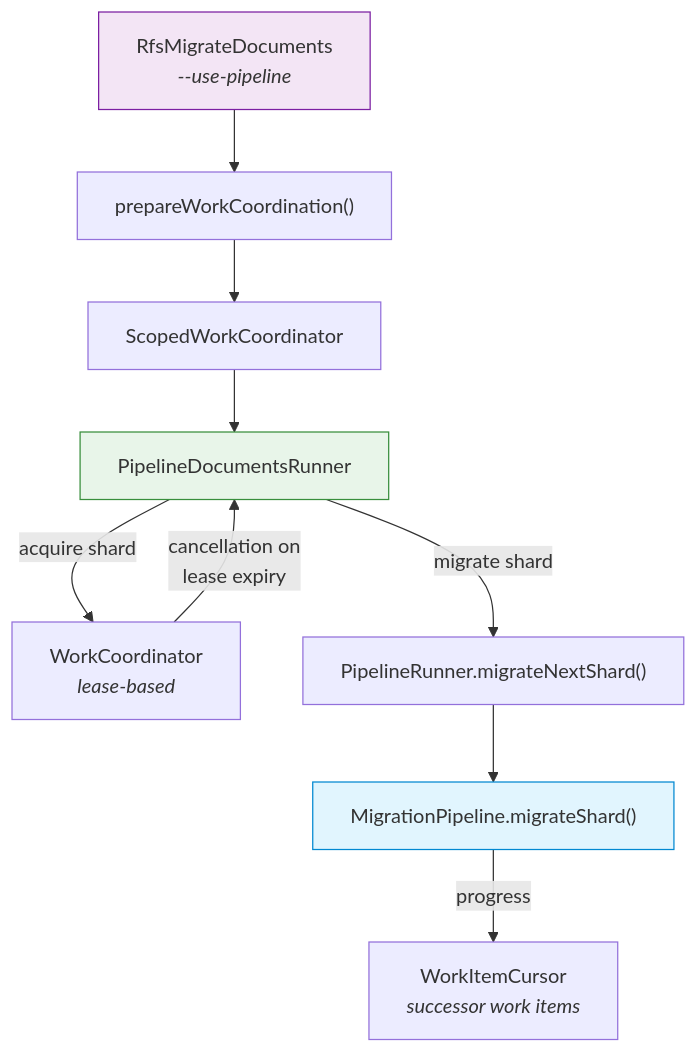
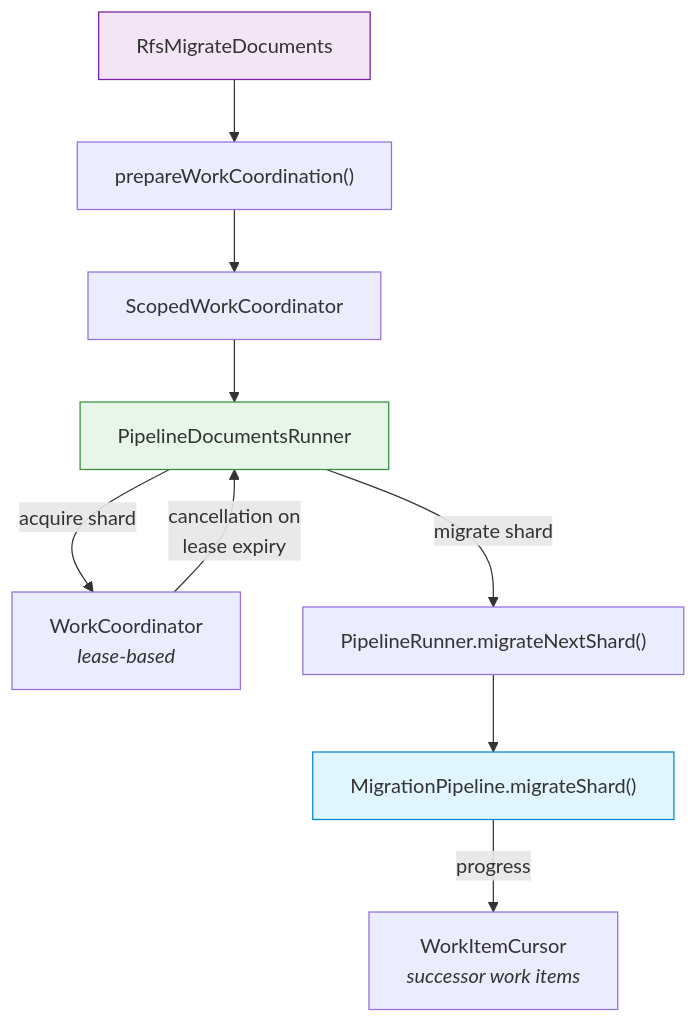
One commit to opensearch-project/opensearch-migrations changed the first of 2 diagrams in rfs-pipeline/docs/work-coordination.md. Above: the diagram before and after it, drawn with Mermaid. The commit also changed other lines of this file and 8 other files, not shown here.

````diff
--- a/rfs-pipeline/docs/work-coordination.md
+++ b/rfs-pipeline/docs/work-coordination.md
@@ -9,15 +9,15 @@
 ```mermaid
 flowchart TD
-    MAIN["RfsMigrateDocuments<br/><i>--use-pipeline</i>"] --> PREP["prepareWorkCoordination()"]
+    MAIN["RfsMigrateDocuments"] --> PREP["prepareWorkCoordination()"]
     PREP --> SWC["ScopedWorkCoordinator"]
     SWC --> PDR["PipelineDocumentsRunner"]
     PDR -->|"acquire shard"| WC["WorkCoordinator<br/><i>lease-based</i>"]
     PDR -->|"migrate shard"| PR["PipelineRunner.migrateNextShard()"]
     PR --> MP["MigrationPipeline.migrateShard()"]
     MP -->|"progress"| CURSOR["WorkItemCursor<br/><i>successor work items</i>"]
     WC -->|"cancellation on<br/>lease expiry"| PDR
 
     style MAIN fill:#f3e5f5,stroke:#7b1fa2
     style PDR fill:#e8f5e9,stroke:#388e3c
     style MP fill:#e1f5fe,stroke:#0288d1
 ```
````
